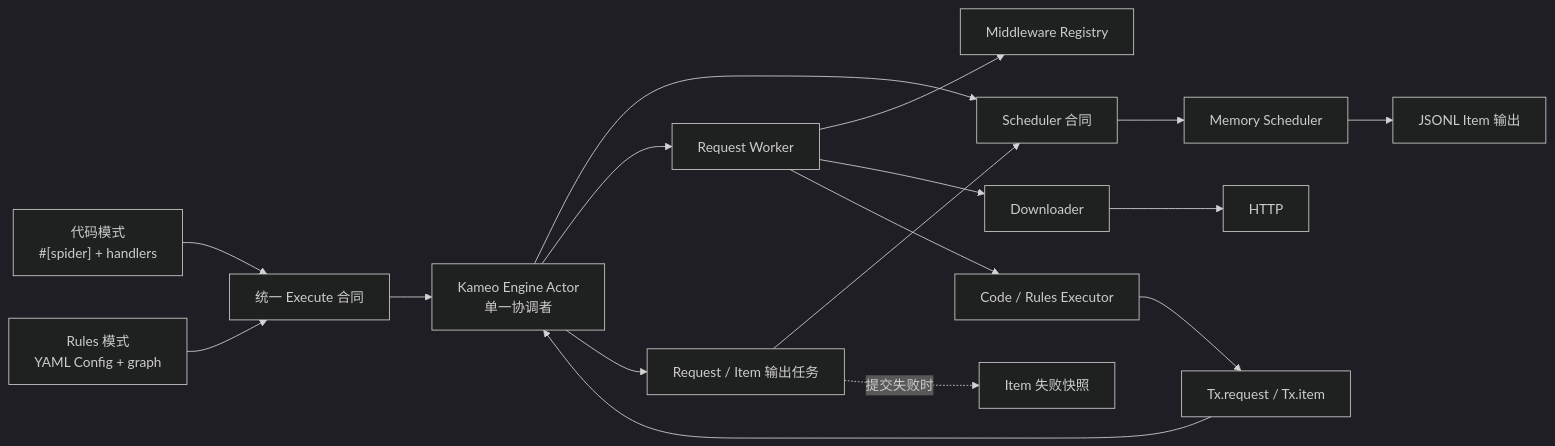
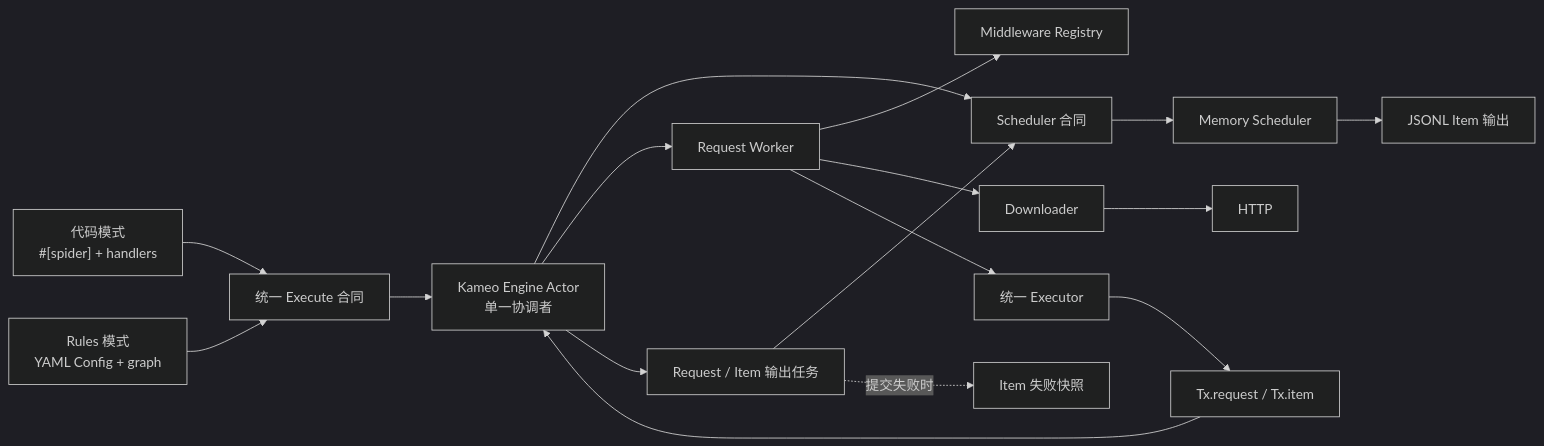
Before and after one commit to halo-space/crawler: the first of 5 diagrams in docs/architecture.zh-CN.md, drawn with Mermaid (dark theme). The commit also changed other lines of this file and 18 other files, not shown here.

````diff
--- a/docs/architecture.zh-CN.md
+++ b/docs/architecture.zh-CN.md
@@ -52,35 +52,35 @@
 ```mermaid
 flowchart LR
     C["代码模式<br/>#[spider] + handlers"]
     R["Rules 模式<br/>YAML Config + graph"]
     X["统一 Execute 合同"]
     T["Tx.request / Tx.item"]
     A["Kameo Engine Actor<br/>单一协调者"]
     S["Scheduler 合同"]
     M["Memory Scheduler"]
     W["Request Worker"]
     MW["Middleware Registry"]
     D["Downloader"]
     H["HTTP"]
-    E["Code / Rules Executor"]
+    E["统一 Executor"]
     O["Request / Item 输出任务"]
     P["JSONL Item 输出"]
     F["Item 失败快照"]
 
     C --> X
     R --> X
     X --> A
     A --> S
     S --> M
     A --> W
     W --> MW
     W --> D
     D --> H
     W --> E
     E --> T
     T --> A
     A --> O
     O --> S
     M --> P
     O -. 提交失败时 .-> F
 ```
````
